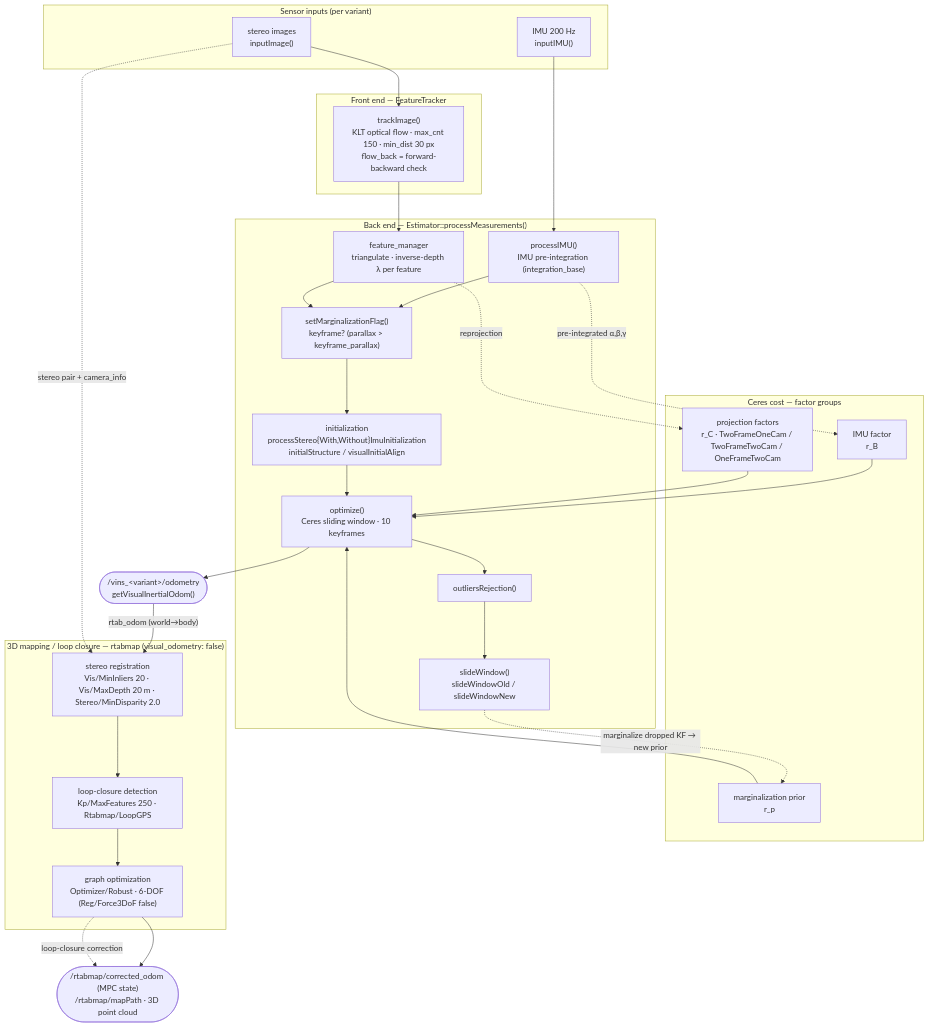
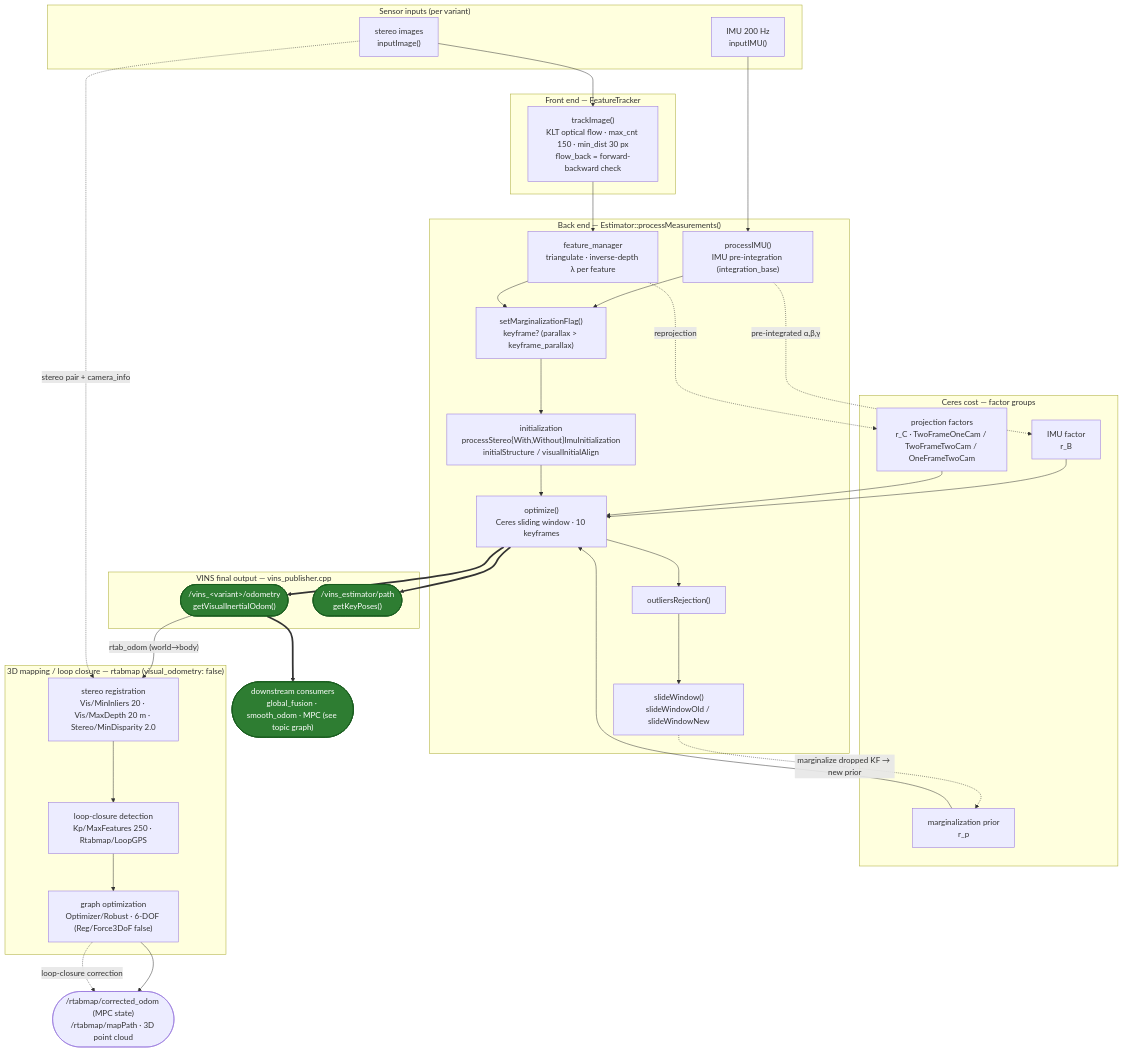
One commit to BoltonAthitDavies/vins_fusion_ros2 changed the second of 2 diagrams in README.md. Above: the diagram before and after it, drawn with Mermaid. The commit also changed other lines of this file, not shown here.

Commit message:
adding output in visualization

````diff
--- a/README.md
+++ b/README.md
@@ -280,54 +280,64 @@
 ```mermaid
 flowchart TB
   subgraph IN["Sensor inputs (per variant)"]
     IMG["stereo images<br/>inputImage()"]
     IMU["IMU 200 Hz<br/>inputIMU()"]
   end
 
   subgraph FE["Front end — FeatureTracker"]
     TRK["trackImage()<br/>KLT optical flow · max_cnt 150 · min_dist 30 px<br/>flow_back = forward-backward check"]
   end
 
   subgraph BE["Back end — Estimator::processMeasurements()"]
     PRE["processIMU()<br/>IMU pre-integration (integration_base)"]
     FM["feature_manager<br/>triangulate · inverse-depth λ per feature"]
     KF["setMarginalizationFlag()<br/>keyframe? (parallax &gt; keyframe_parallax)"]
     INIT["initialization<br/>processStereo{With,Without}ImuInitialization<br/>initialStructure / visualInitialAlign"]
     OPT["optimize()<br/>Ceres sliding window · 10 keyframes"]
     OUT["outliersRejection()"]
     SW["slideWindow()<br/>slideWindowOld / slideWindowNew"]
   end
 
   subgraph FAC["Ceres cost — factor groups"]
     FP["marginalization prior<br/>r_p"]
     FB["IMU factor<br/>r_B"]
     FC["projection factors<br/>r_C · TwoFrameOneCam / TwoFrameTwoCam / OneFrameTwoCam"]
   end
 
-  ODOM(["/vins_&lt;variant&gt;/odometry<br/>getVisualInertialOdom()"])
+  subgraph VOUT["VINS final output — vins_publisher.cpp"]
+    ODOM(["/vins_&lt;variant&gt;/odometry<br/>getVisualInertialOdom()"])
+    PATH(["/vins_estimator/path<br/>getKeyPoses()"])
+  end
+
+  DOWN(["downstream consumers<br/>global_fusion · smooth_odom · MPC (see topic graph)"])
 
   subgraph MAP["3D mapping / loop closure — rtabmap (visual_odometry: false)"]
     RREG["stereo registration<br/>Vis/MinInliers 20 · Vis/MaxDepth 20 m · Stereo/MinDisparity 2.0"]
     RLOOP["loop-closure detection<br/>Kp/MaxFeatures 250 · Rtabmap/LoopGPS"]
     ROPT["graph optimization<br/>Optimizer/Robust · 6-DOF (Reg/Force3DoF false)"]
   end
 
   ROUT(["/rtabmap/corrected_odom (MPC state)<br/>/rtabmap/mapPath · 3D point cloud"])
 
   IMG --> TRK --> FM
   IMU --> PRE --> KF
   FM --> KF --> INIT --> OPT
   PRE -. pre-integrated α,β,γ .-> FB
   FM  -. reprojection .-> FC
   FP --> OPT
   FB --> OPT
   FC --> OPT
   OPT --> OUT --> SW
   SW -. marginalize dropped KF → new prior .-> FP
-  OPT --> ODOM
+  OPT ==> ODOM
+  OPT ==> PATH
+  ODOM ==> DOWN
 
   ODOM -- "rtab_odom (world→body)" --> RREG
   IMG  -. stereo pair + camera_info .-> RREG
   RREG --> RLOOP --> ROPT --> ROUT
   ROPT -. loop-closure correction .-> ROUT
+
+  classDef out fill:#2e7d32,stroke:#1b5e20,color:#fff,stroke-width:2px;
+  class ODOM,PATH,DOWN out;
 ```
````
